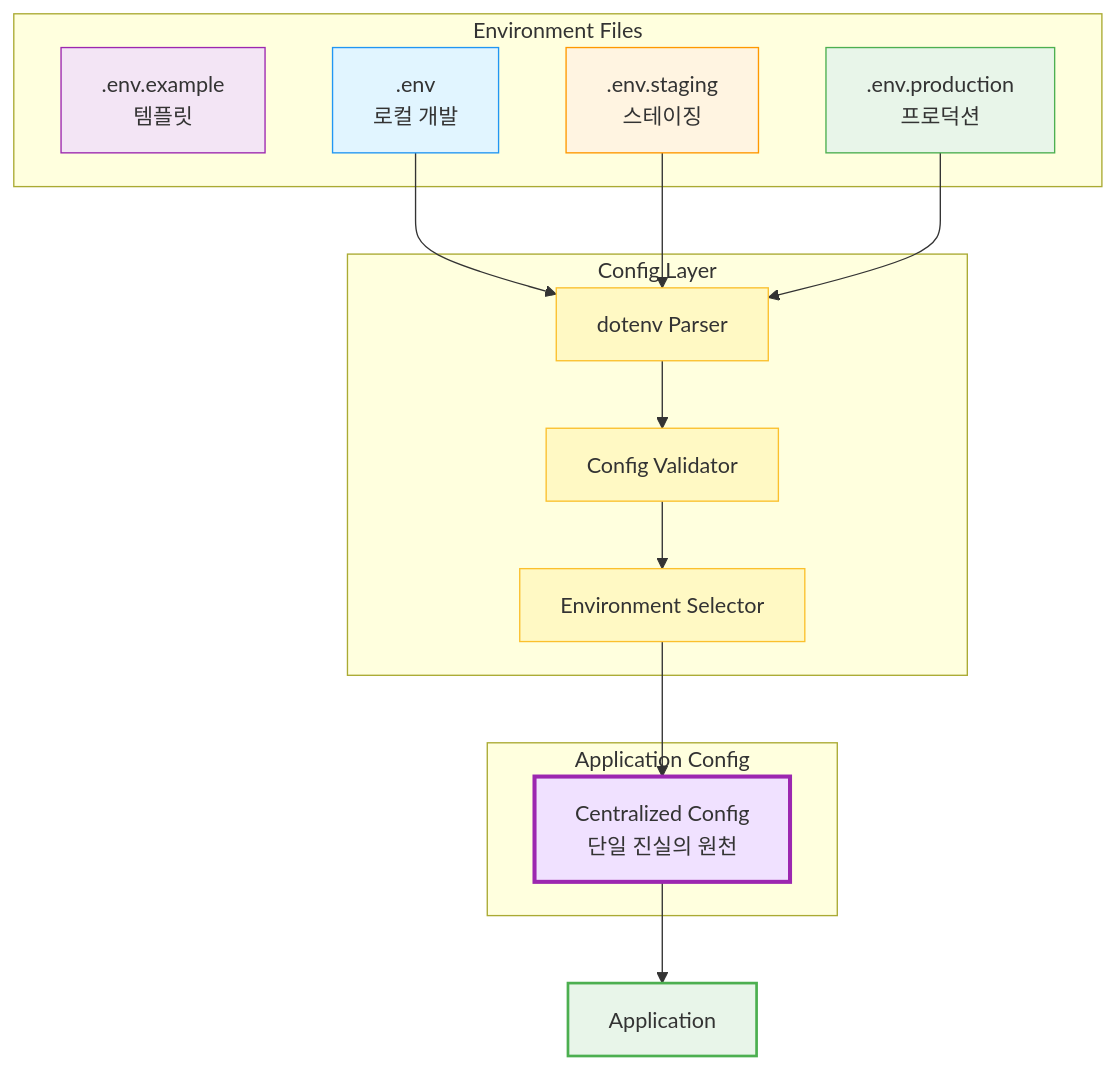
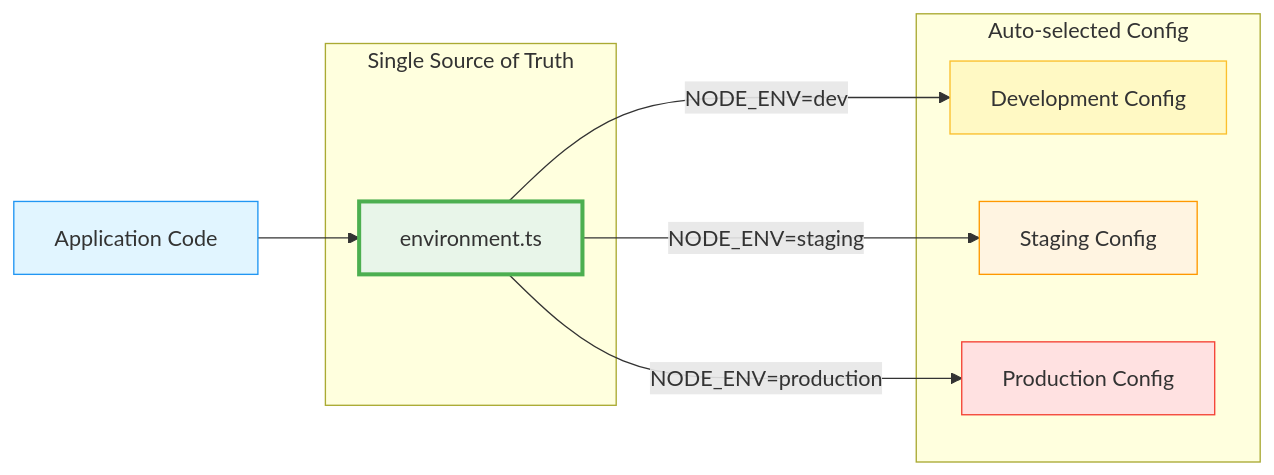
The fourth of 10 diagrams in TECHNICAL_CHALLENGES.md (1985jwlee/production-iot-backend), drawn with Mermaid before and after one commit. The commit also changed other lines of this file and 1 other file, not shown here.

````diff
--- a/TECHNICAL_CHALLENGES.md
+++ b/TECHNICAL_CHALLENGES.md
@@ -252,39 +379,24 @@
 ```mermaid
-graph TB
-    subgraph "Environment Files"
-        ENV_EX[.env.example<br/>템플릿]
-        ENV_DEV[.env<br/>로컬 개발]
-        ENV_STG[.env.staging<br/>스테이징]
-        ENV_PROD[.env.production<br/>프로덕션]
+graph LR
+    subgraph "Single Source of Truth"
+        ENV[environment.ts]
     end
     
-    subgraph "Config Layer"
-        PARSER[dotenv Parser]
-        VALIDATOR[Config Validator]
-        SELECTOR[Environment Selector]
+    subgraph "Auto-selected Config"
+        DEV[Development Config]
+        STG[Staging Config]
+        PROD[Production Config]
     end
     
-    subgraph "Application Config"
-        CONFIG[Centralized Config<br/>단일 진실의 원천]
-    end
+    ENV -->|NODE_ENV=dev| DEV
+    ENV -->|NODE_ENV=staging| STG
+    ENV -->|NODE_ENV=production| PROD
     
-    ENV_DEV --> PARSER
-    ENV_STG --> PARSER
-    ENV_PROD --> PARSER
+    CODE[Application Code] --> ENV
     
-    PARSER --> VALIDATOR
-    VALIDATOR --> SELECTOR
-    SELECTOR --> CONFIG
-    
-    CONFIG --> APP[Application]
-    
-    style ENV_EX fill:#f3e5f5,stroke:#9c27b0
-    style ENV_DEV fill:#e1f5ff,stroke:#2196f3
-    style ENV_STG fill:#fff4e1,stroke:#ff9800
-    style ENV_PROD fill:#e8f5e9,stroke:#4caf50
-    style PARSER fill:#fff9c4,stroke:#fbc02d
-    style VALIDATOR fill:#fff9c4,stroke:#fbc02d
-    style SELECTOR fill:#fff9c4,stroke:#fbc02d
-    style CONFIG fill:#f0e1ff,stroke:#9c27b0,stroke-width:3px
-    style APP fill:#e8f5e9,stroke:#4caf50,stroke-width:2px
+    style ENV fill:#e8f5e9,stroke:#4caf50,stroke-width:3px
+    style CODE fill:#e1f5ff,stroke:#2196f3
+    style DEV fill:#fff9c4,stroke:#fbc02d
+    style STG fill:#fff4e1,stroke:#ff9800
+    style PROD fill:#ffe1e1,stroke:#f44336
 ```
````
